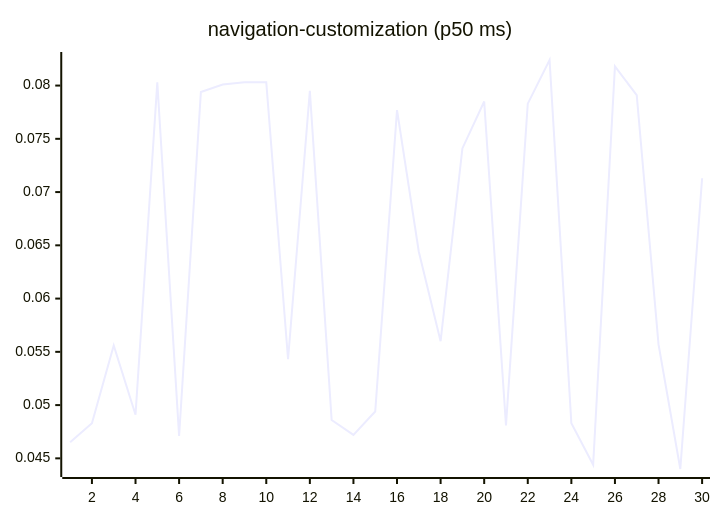
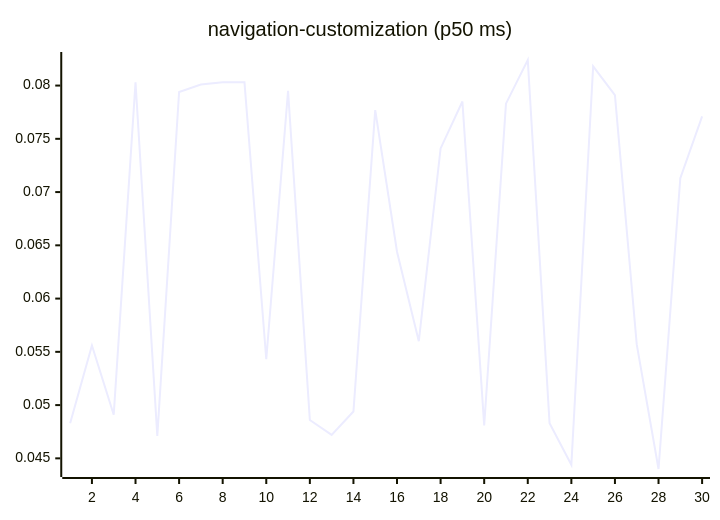
One commit to josha/Facet changed diagram 15 of 27 in README.md. Above: the diagram before and after it, drawn with Mermaid. The commit also changed other lines of this file and 2 other files, not shown here.

````diff
--- a/README.md
+++ b/README.md
@@ -161,6 +161,6 @@
 ```mermaid
 xychart-beta
     title "navigation-customization (p50 ms)"
     x-axis 1 --> 30
-    line [0.0465, 0.0483, 0.0556, 0.0491, 0.0803, 0.0471, 0.0794, 0.0801, 0.0803, 0.0803, 0.0543, 0.0795, 0.0486, 0.0472, 0.0494, 0.0777, 0.0644, 0.0560, 0.0741, 0.0785, 0.0481, 0.0783, 0.0824, 0.0483, 0.0444, 0.0818, 0.0791, 0.0557, 0.0440, 0.0713]
+    line [0.0483, 0.0556, 0.0491, 0.0803, 0.0471, 0.0794, 0.0801, 0.0803, 0.0803, 0.0543, 0.0795, 0.0486, 0.0472, 0.0494, 0.0777, 0.0644, 0.0560, 0.0741, 0.0785, 0.0481, 0.0783, 0.0824, 0.0483, 0.0444, 0.0818, 0.0791, 0.0557, 0.0440, 0.0713, 0.0771]
 ```
````
